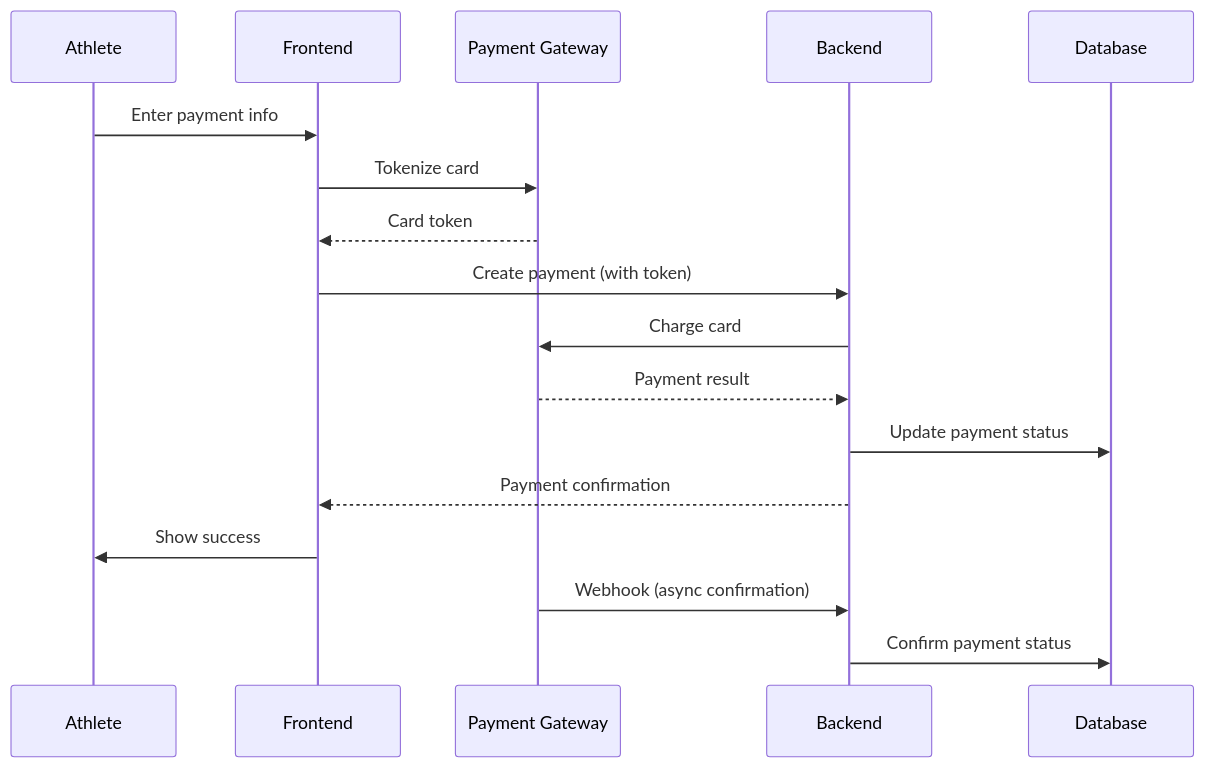
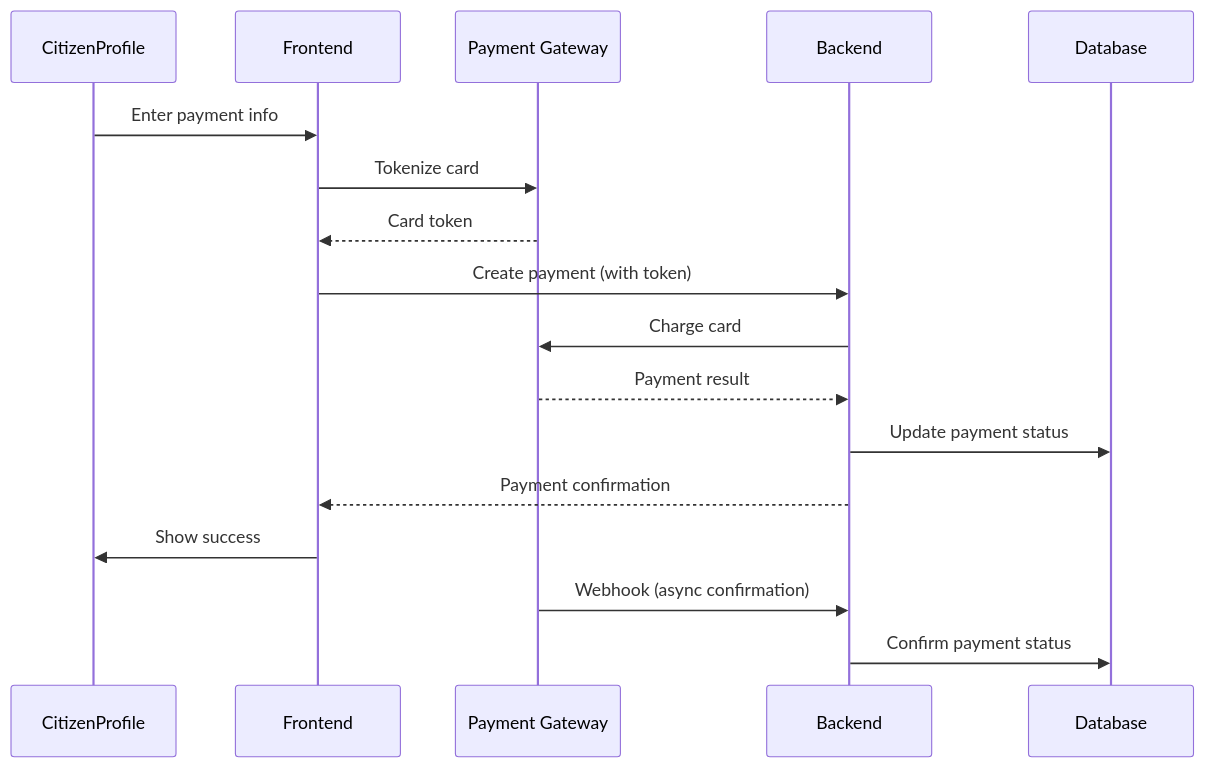
One commit to jreinaldodasilva/secomvsaas changed the third of 3 diagrams in docs/prompts/backend/prompt_backend_comprehensive_modular_review_docs_request.md. Above: the diagram before and after it, drawn with Mermaid. The commit also changed other lines of this file and 59 other files, not shown here.

````diff
--- a/docs/prompts/backend/prompt_backend_comprehensive_modular_review_docs_request.md
+++ b/docs/prompts/backend/prompt_backend_comprehensive_modular_review_docs_request.md
@@ -1314,15 +1314,15 @@
 ```mermaid
 sequenceDiagram
-    Athlete->>Frontend: Enter payment info
+    CitizenProfile->>Frontend: Enter payment info
     Frontend->>Payment Gateway: Tokenize card
     Payment Gateway-->>Frontend: Card token
     Frontend->>Backend: Create payment (with token)
     Backend->>Payment Gateway: Charge card
     Payment Gateway-->>Backend: Payment result
     Backend->>Database: Update payment status
     Backend-->>Frontend: Payment confirmation
-    Frontend->>Athlete: Show success
+    Frontend->>CitizenProfile: Show success
     
     Payment Gateway->>Backend: Webhook (async confirmation)
     Backend->>Database: Confirm payment status
 ```
````
